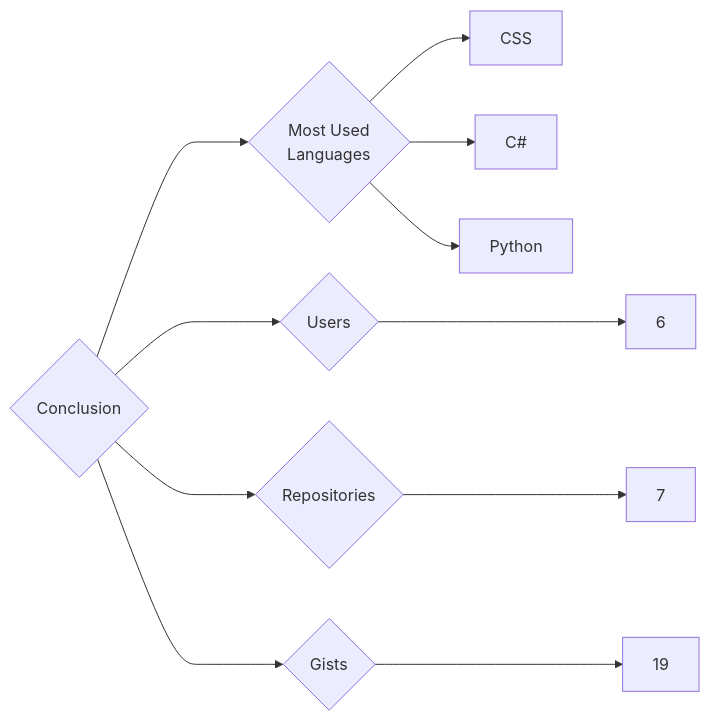
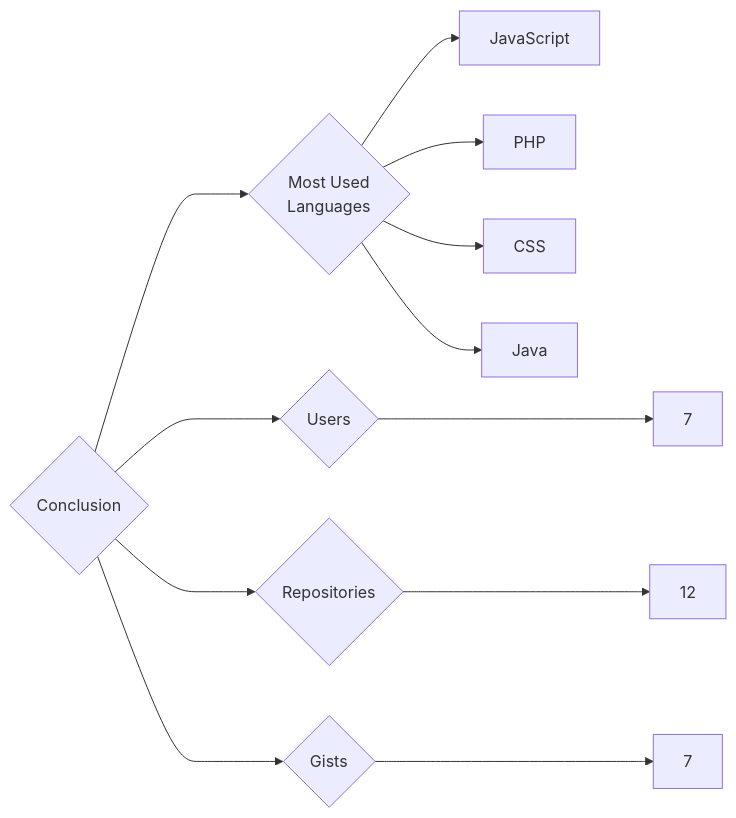
Before and after one commit to trickest/insiders: the diagram in targets/Conclusion/README.md, drawn with Mermaid. The commit also changed 927 other files, not shown here.

````diff
--- a/targets/Conclusion/README.md
+++ b/targets/Conclusion/README.md
@@ -3,11 +3,12 @@
 ```mermaid
 graph LR
 COMPANY_NAME{Conclusion}
-COMPANY_NAME ---> U{Users} ---> UN[6]
-COMPANY_NAME ---> R{Repositories} ---> RN[7]
-COMPANY_NAME ---> G{Gists} ---> GN[19]
+COMPANY_NAME ---> U{Users} ---> UN[7]
+COMPANY_NAME ---> R{Repositories} ---> RN[12]
+COMPANY_NAME ---> G{Gists} ---> GN[7]
 COMPANY_NAME ---> ML{Most Used<br>Languages}
+ML --> JavaScript[JavaScript]
+ML --> PHP[PHP]
 ML --> CSS[CSS]
-ML --> C#[C#]
-ML --> Python[Python]
+ML --> Java[Java]
 ```
````
